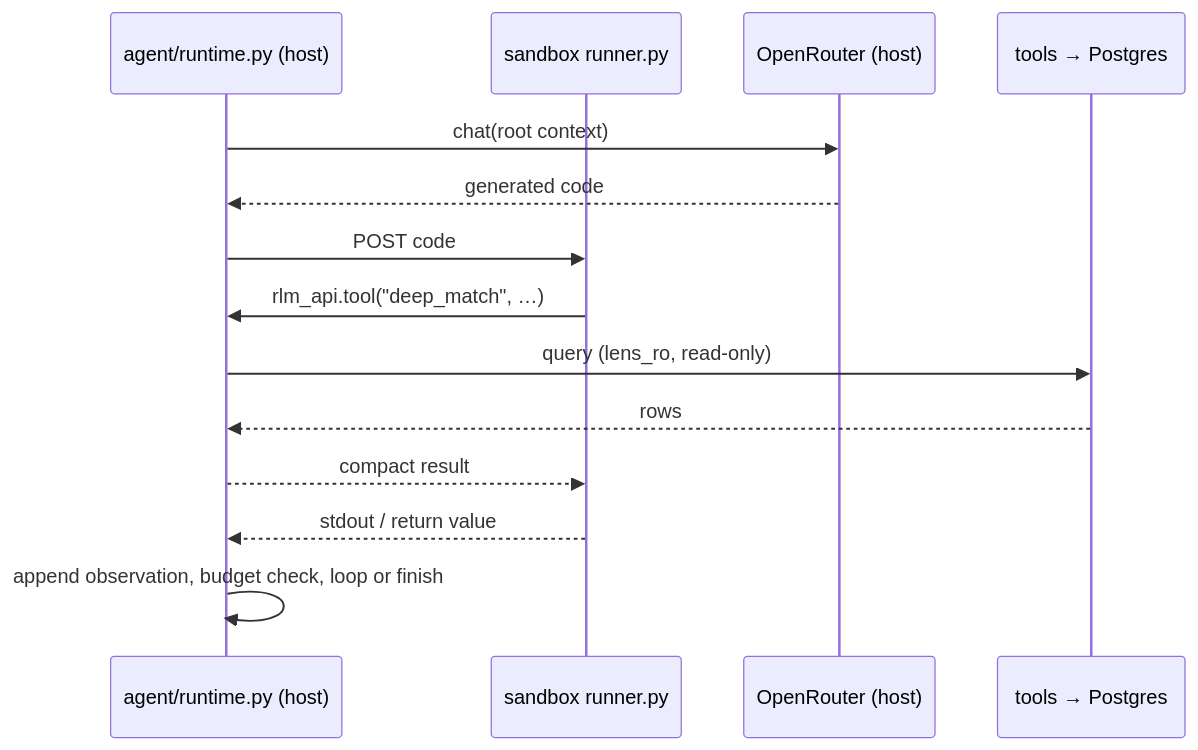
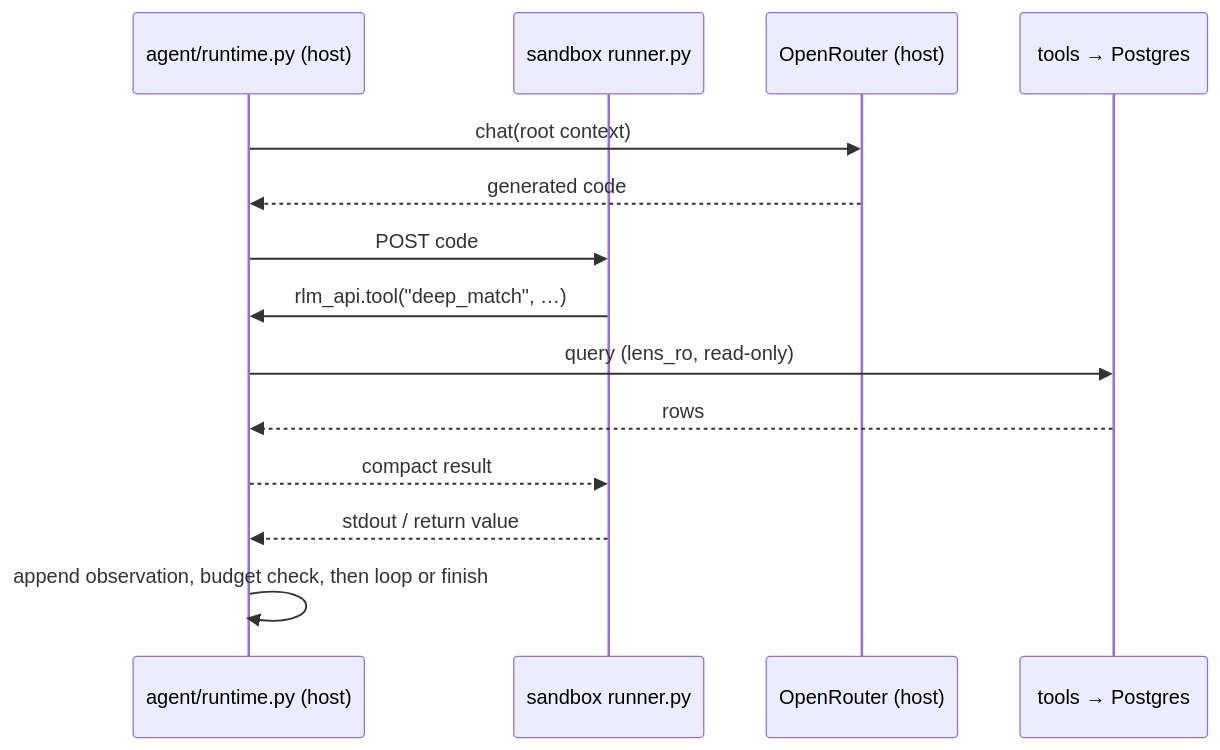
One commit to RSGzen/LENS changed the sixth of 6 diagrams in docs/ARCHITECTURE.md. Above: the diagram before and after it, drawn with Mermaid. The commit also changed other lines of this file and 2 other files, not shown here.

Commit message:
docs: rewrite the architecture file against the code, without the regeneration section

````diff
--- a/docs/ARCHITECTURE.md
+++ b/docs/ARCHITECTURE.md
@@ -535,16 +611,16 @@
 ```mermaid
 sequenceDiagram
     participant R as agent/runtime.py (host)
     participant S as sandbox runner.py
     participant API as OpenRouter (host)
     participant DB as tools → Postgres
     R->>API: chat(root context)
     API-->>R: generated code
     R->>S: POST code
     S->>R: rlm_api.tool("deep_match", …)
     R->>DB: query (lens_ro, read-only)
     DB-->>R: rows
     R-->>S: compact result
     S-->>R: stdout / return value
-    R->>R: append observation, budget check, loop or finish
+    R->>R: append observation, budget check, then loop or finish
 ```
````
